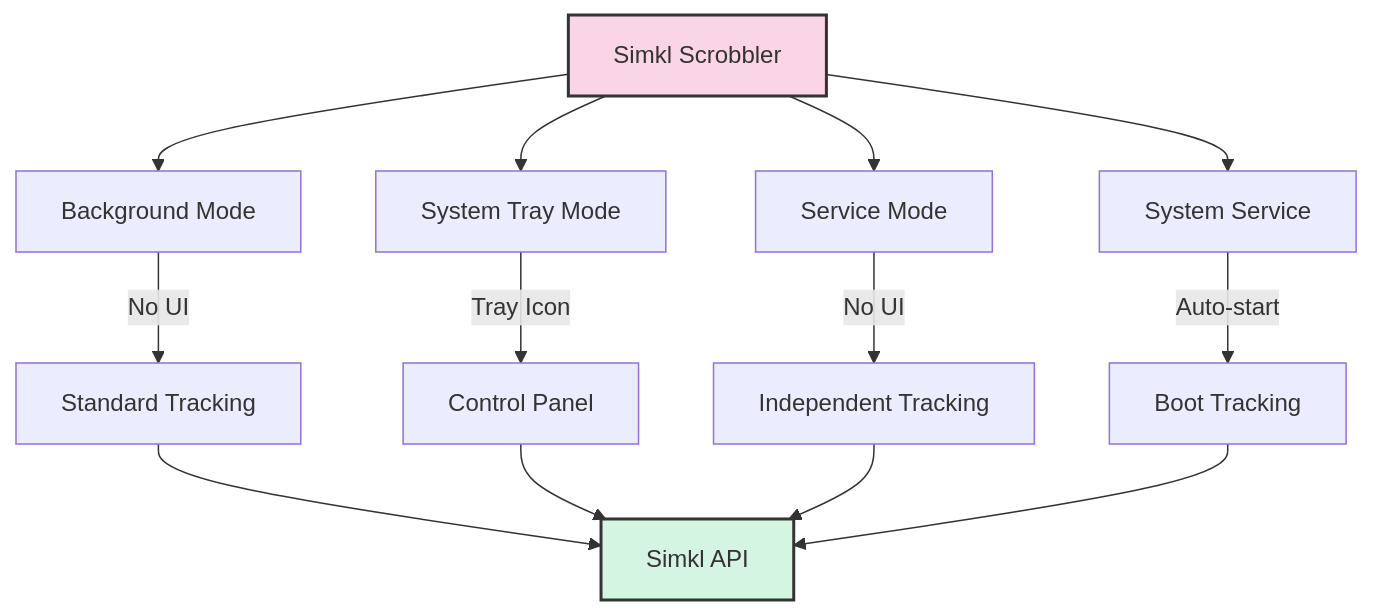
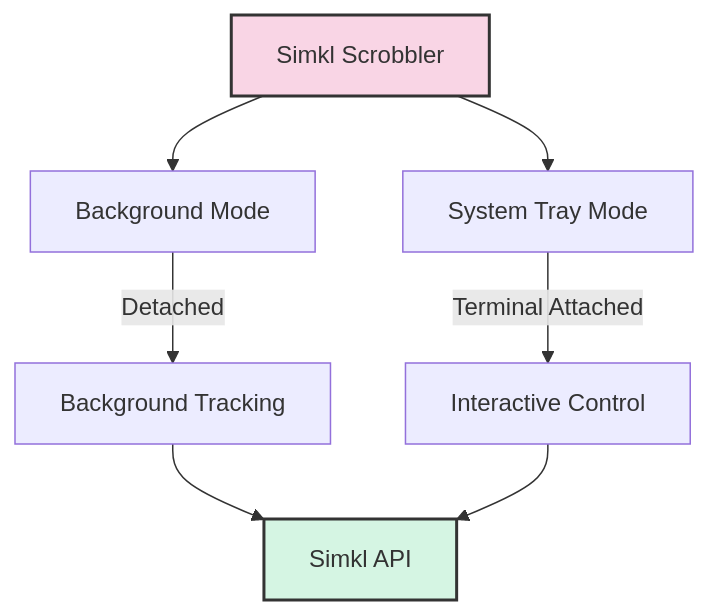
One commit to ByteTrix/Media-Player-Scrobbler-for-Simkl changed the diagram in docs/usage.md. Above: the diagram before and after it, drawn with Mermaid. The commit also changed other lines of this file and 4 other files, not shown here.

````diff
--- a/docs/usage.md
+++ b/docs/usage.md
@@ -135,20 +103,14 @@
 ```mermaid
 graph TD
     A[Simkl Scrobbler] --> B[Background Mode]
     A --> C[System Tray Mode]
-    A --> D[Service Mode]
-    A --> E[System Service]
     
-    B -->|No UI| F[Standard Tracking]
-    C -->|Tray Icon| G[Control Panel]
-    D -->|No UI| H[Independent Tracking]
-    E -->|Auto-start| I[Boot Tracking]
+    B -->|Detached| F[Background Tracking]
+    C -->|Terminal Attached| G[Interactive Control]
     
     F --> J[Simkl API]
     G --> J
-    H --> J
-    I --> J
     
     style A fill:#f9d5e5,stroke:#333,stroke-width:2px
     style J fill:#d5f5e3,stroke:#333,stroke-width:2px
 ```
````
